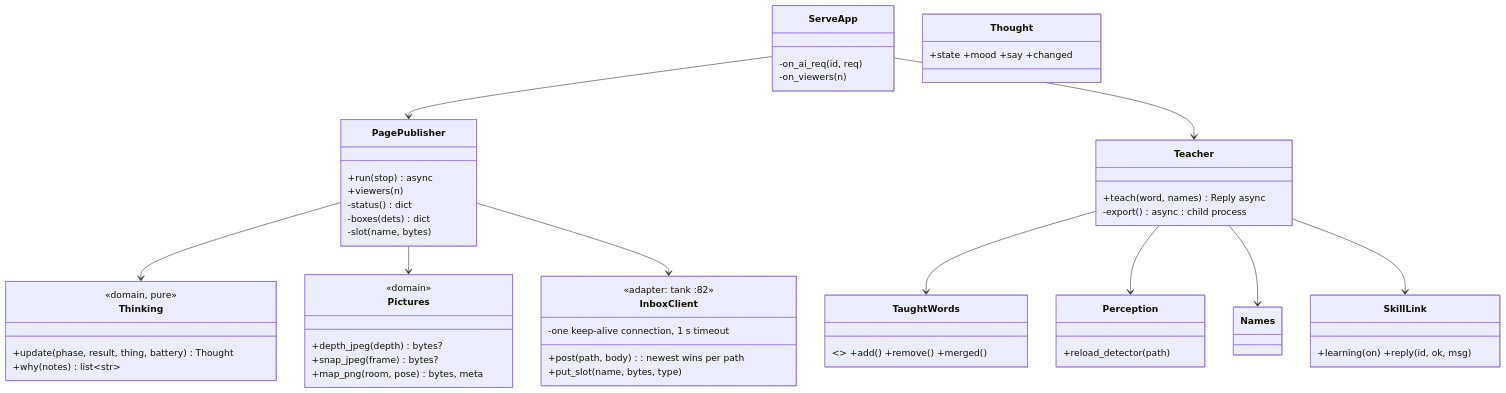
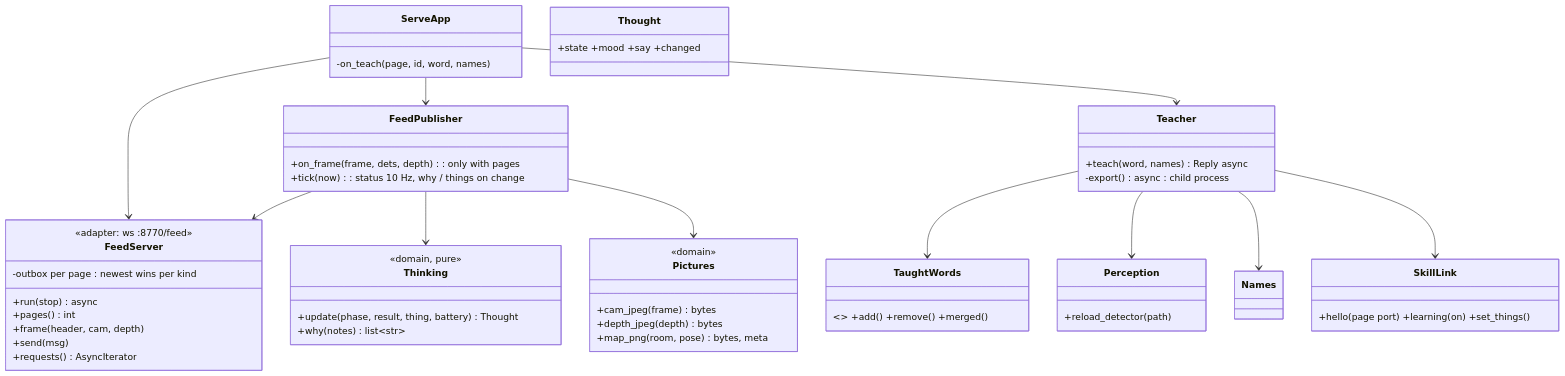
Before and after one commit to mannuray/conqueror: diagram 51 of 53 in docs/lld/ai-engine-lld.md, drawn with Mermaid. The commit also changed other lines of this file and 5 other files, not shown here.

Commit message:
docs: the /ai page stays on the tank, its AI feed comes straight from the engine on port 8770 - R27 and §22 rewritten, spec 8 §4.5 (design-notes §199)

````diff
--- a/docs/lld/ai-engine-lld.md
+++ b/docs/lld/ai-engine-lld.md
@@ -2638,49 +2646,49 @@
 ```mermaid
 classDiagram
   class ServeApp {
-    -on_ai_req(id, req)
-    -on_viewers(n)
+    -on_teach(page, id, word, names)
   }
-  class PagePublisher {
+  class FeedServer {
+    <<adapter: ws :8770/feed>>
     +run(stop) async
-    +viewers(n)
-    -status() dict
-    -boxes(dets) dict
-    -slot(name, bytes)
+    +pages() int
+    +frame(header, cam, depth)
+    +send(msg)
+    +requests() AsyncIterator
+    -outbox per page : newest wins per kind
+  }
+  class FeedPublisher {
+    +on_frame(frame, dets, depth) : only with pages
+    +tick(now) : status 10 Hz, why / things on change
   }
   class Thinking {
     <<domain, pure>>
     +update(phase, result, thing, battery) Thought
     +why(notes) list~str~
   }
   class Thought { +state +mood +say +changed }
   class Pictures {
     <<domain>>
-    +depth_jpeg(depth) bytes?
-    +snap_jpeg(frame) bytes?
+    +cam_jpeg(frame) bytes
+    +depth_jpeg(depth) bytes
     +map_png(room, pose) bytes, meta
-  }
-  class InboxClient {
-    <<adapter: tank :82>>
-    +post(path, body) : newest wins per path
-    +put_slot(name, bytes, type)
-    -one keep-alive connection, 1 s timeout
   }
   class Teacher {
     +teach(word, names) Reply async
     -export() async : child process
   }
   class TaughtWords { <<file: taught/vocabulary.yaml>> +add() +remove() +merged() }
-  class SkillLink { +learning(on) +reply(id, ok, msg) }
+  class SkillLink { +hello(page port) +learning(on) +set_things() }
   class Names
   class Perception { +reload_detector(path) }
-  ServeApp --> PagePublisher
+  ServeApp --> FeedServer
+  ServeApp --> FeedPublisher
   ServeApp --> Teacher
-  PagePublisher --> Thinking
-  PagePublisher --> Pictures
-  PagePublisher --> InboxClient
+  FeedPublisher --> FeedServer
+  FeedPublisher --> Thinking
+  FeedPublisher --> Pictures
   Teacher --> TaughtWords
   Teacher --> Perception
   Teacher --> Names
   Teacher --> SkillLink
 ```
````
